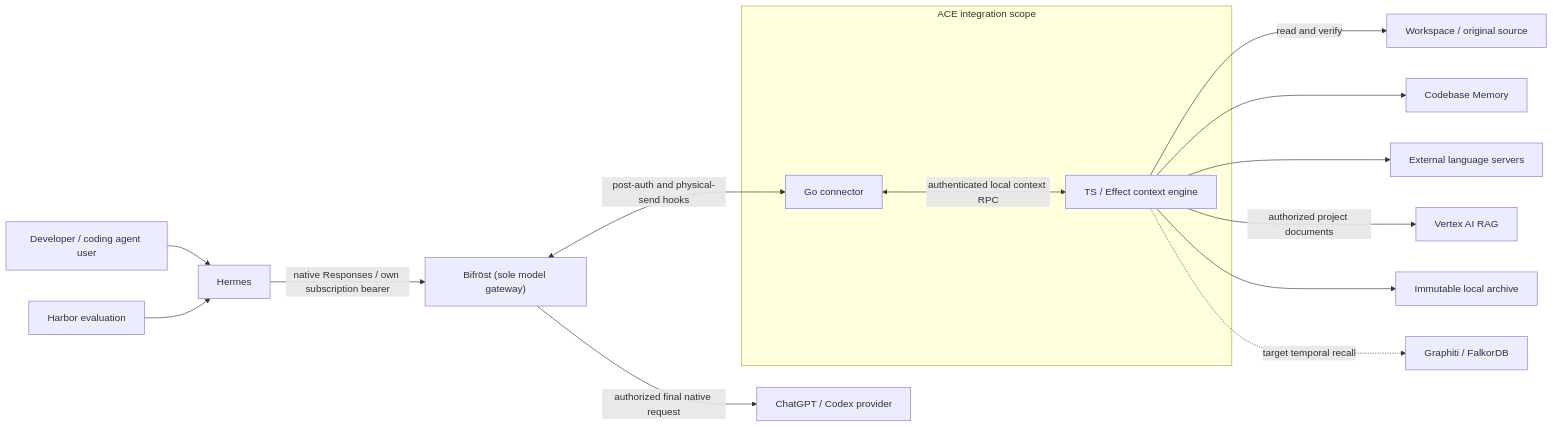
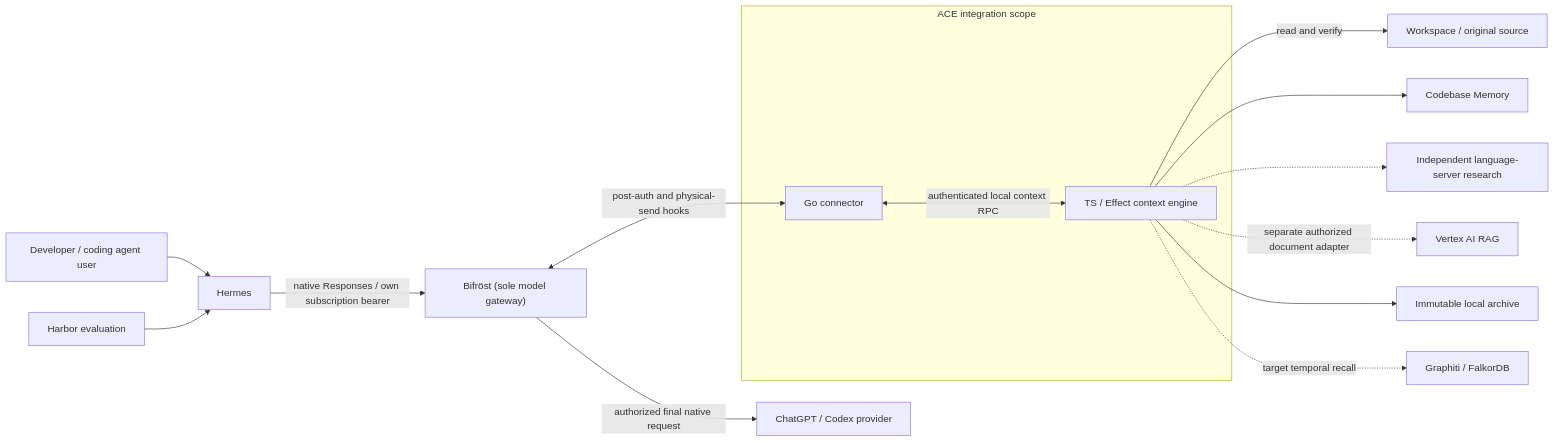
Before and after one commit to chris-madsen/Hybrid-RAG: the diagram in docs/architecture/views/system-context.md, drawn with Mermaid. The commit also changed 37 other files, not shown here.

```diff
--- a/docs/architecture/views/system-context.md
+++ b/docs/architecture/views/system-context.md
@@ -9,19 +9,19 @@
 ~~~mermaid
 flowchart LR
     User["Developer / coding agent user"] --> Hermes["Hermes"]
     Hermes -->|"native Responses / own subscription bearer"| Bifrost["Bifröst (sole model gateway)"]
     subgraph ACE["ACE integration scope"]
         Connector["Go connector"]
         Core["TS / Effect context engine"]
         Connector <-->|"authenticated local context RPC"| Core
     end
     Bifrost <-->|"post-auth and physical-send hooks"| Connector
     Bifrost -->|"authorized final native request"| Provider["ChatGPT / Codex provider"]
     Core -->|"read and verify"| Workspace["Workspace / original source"]
     Core --> CBM["Codebase Memory"]
-    Core --> LSP["External language servers"]
-    Core -->|"authorized project documents"| Vertex["Vertex AI RAG"]
+    Core -.-> LSP["Independent language-server research"]
+    Core -.->|"separate authorized document adapter"| Vertex["Vertex AI RAG"]
     Core --> Archive["Immutable local archive"]
     Core -. "target temporal recall" .-> Memory["Graphiti / FalkorDB"]
     Harbor["Harbor evaluation"] --> Hermes
 ~~~
```
